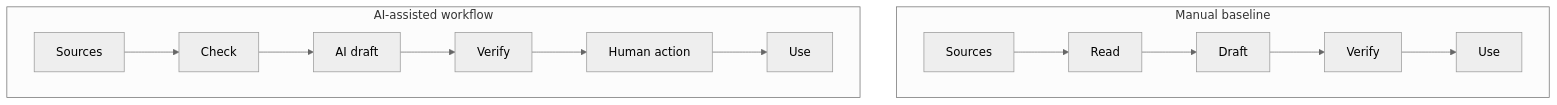
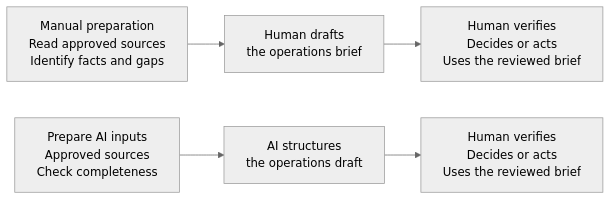
The diagram in teaching/visuals/s05/en/manual-vs-ai.mmd (Ange230700/ibm-ai-foundations-for-everyone-notes), drawn with Mermaid (neutral theme) before and after one commit. The commit also changed 12 other files, not shown here.

```diff
--- a/teaching/visuals/s05/en/manual-vs-ai.mmd
+++ b/teaching/visuals/s05/en/manual-vs-ai.mmd
@@ -1,9 +1,9 @@
-flowchart TB
- subgraph M["Manual baseline"]
-  direction LR
-  A["Sources"] --> B["Read"] --> C["Draft"] --> D["Verify"] --> E["Use"]
- end
- subgraph I["AI-assisted workflow"]
-  direction LR
-  F["Sources"] --> G["Check"] --> H["AI draft"] --> J["Verify"] --> K["Human action"] --> L["Use"]
- end
+flowchart LR
+ A["Manual preparation<br/>Read approved sources<br/>Identify facts and gaps"]
+ B["Human drafts<br/>the operations brief"]
+ C["Human verifies<br/>Decides or acts<br/>Uses the reviewed brief"]
+ A --> B --> C
+ D["Prepare AI inputs<br/>Approved sources<br/>Check completeness"]
+ E["AI structures<br/>the operations draft"]
+ F["Human verifies<br/>Decides or acts<br/>Uses the reviewed brief"]
+ D --> E --> F
```
